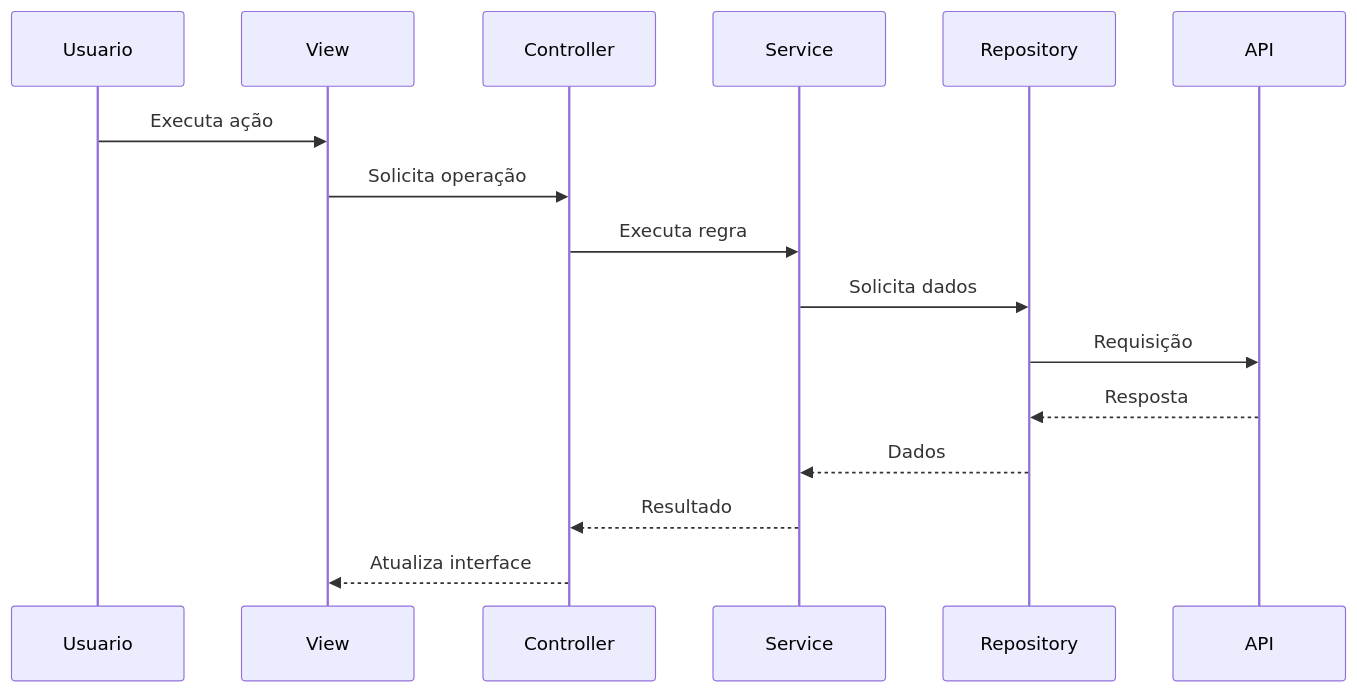
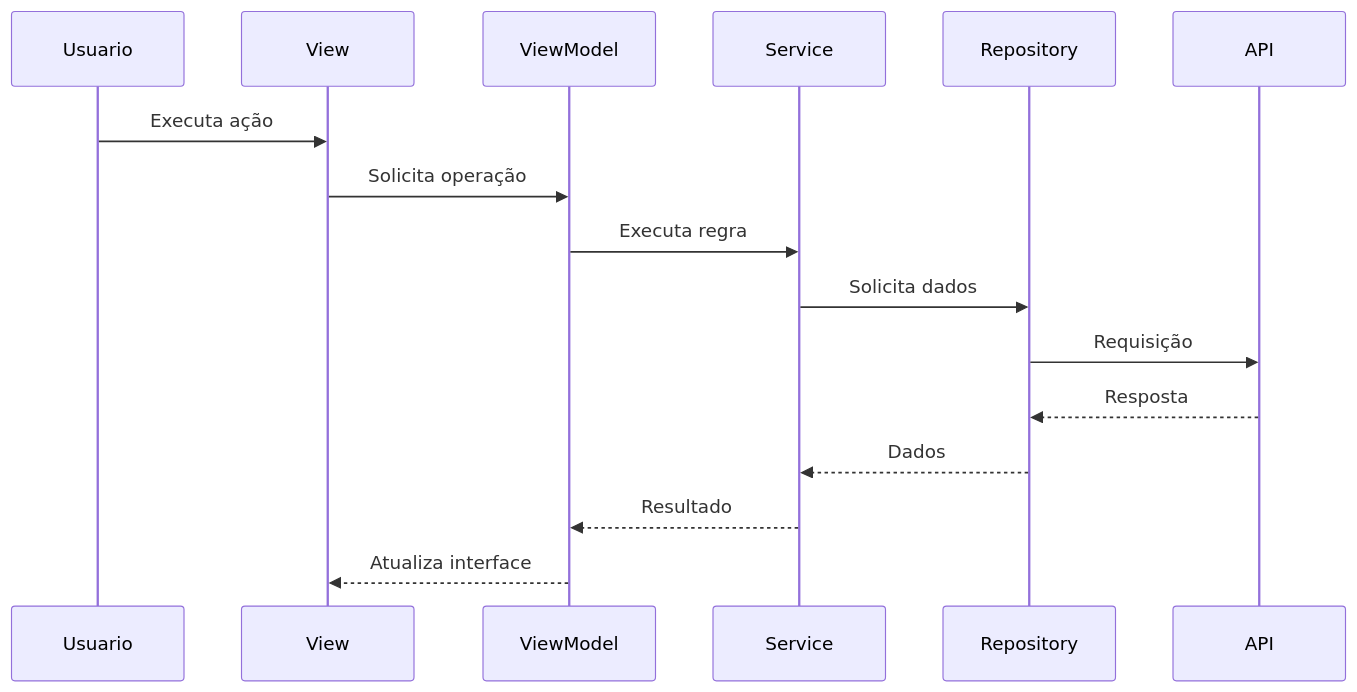
One commit to DanielSameque/Otzar changed the second of 2 diagrams in otzar/.cursor/rules/documentacao.mdc. Above: the diagram before and after it, drawn with Mermaid. The commit also changed other lines of this file and 13 other files, not shown here.

````diff
--- a/otzar/.cursor/rules/documentacao.mdc
+++ b/otzar/.cursor/rules/documentacao.mdc
@@ -89,12 +88,12 @@
 ```mermaid
 sequenceDiagram
     Usuario->>View: Executa ação
-    View->>Controller: Solicita operação
-    Controller->>Service: Executa regra
+    View->>ViewModel: Solicita operação
+    ViewModel->>Service: Executa regra
     Service->>Repository: Solicita dados
     Repository->>API: Requisição
     API-->>Repository: Resposta
     Repository-->>Service: Dados
-    Service-->>Controller: Resultado
-    Controller-->>View: Atualiza interface
+    Service-->>ViewModel: Resultado
+    ViewModel-->>View: Atualiza interface
 ```
````
